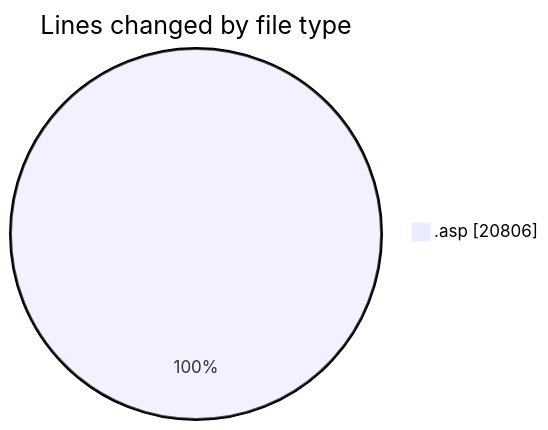
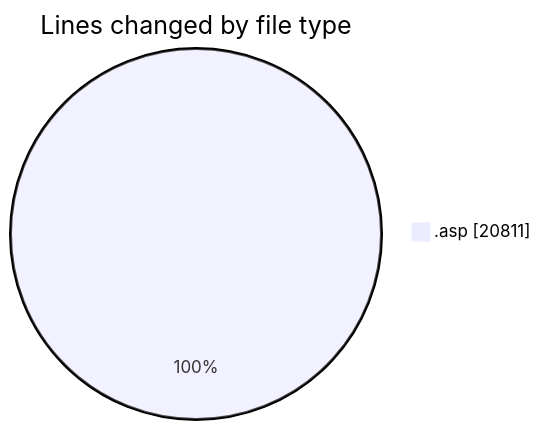
One commit to julien-gomy/code-tracking changed the first of 2 diagrams in 2025-11-14/cdp_aleoudev_fr__workspace_/README.md. Above: the diagram before and after it, drawn with Mermaid. The commit also changed other lines of this file and 1 other file, not shown here.

````diff
--- a/2025-11-14/cdp_aleoudev_fr__workspace_/README.md
+++ b/2025-11-14/cdp_aleoudev_fr__workspace_/README.md
@@ -37,5 +37,5 @@
 ```mermaid
 pie showData
 title Lines changed by file type
-".asp" : 20806
+".asp" : 20811
 ```
````
